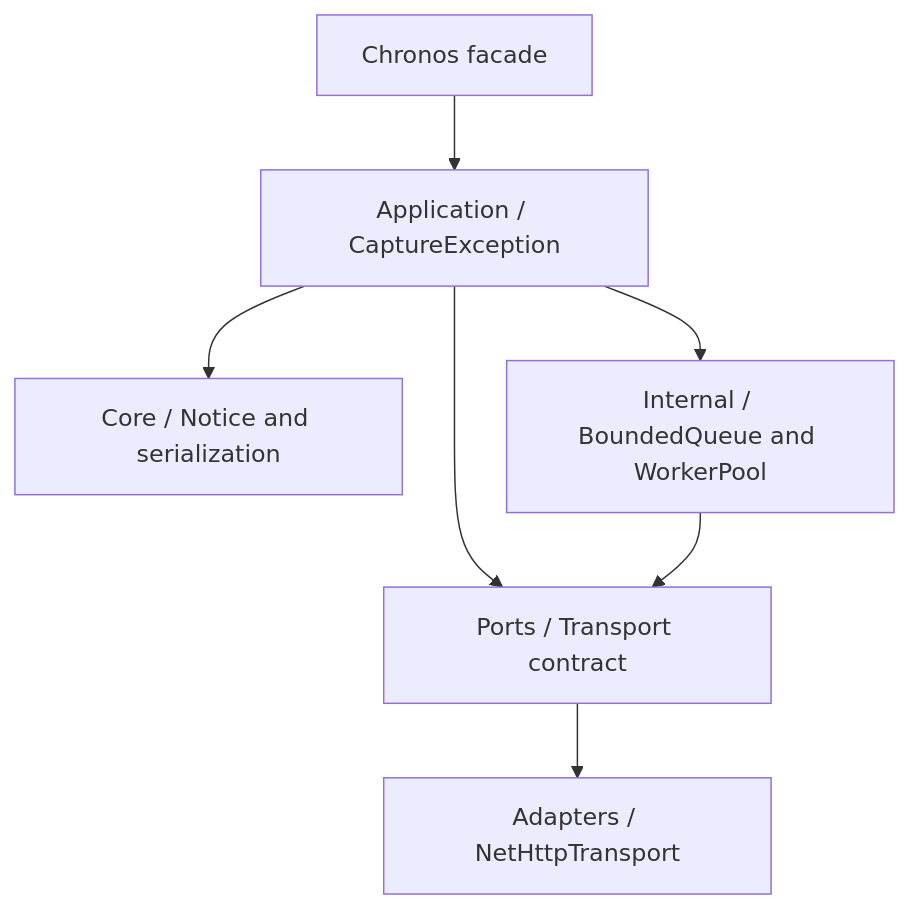
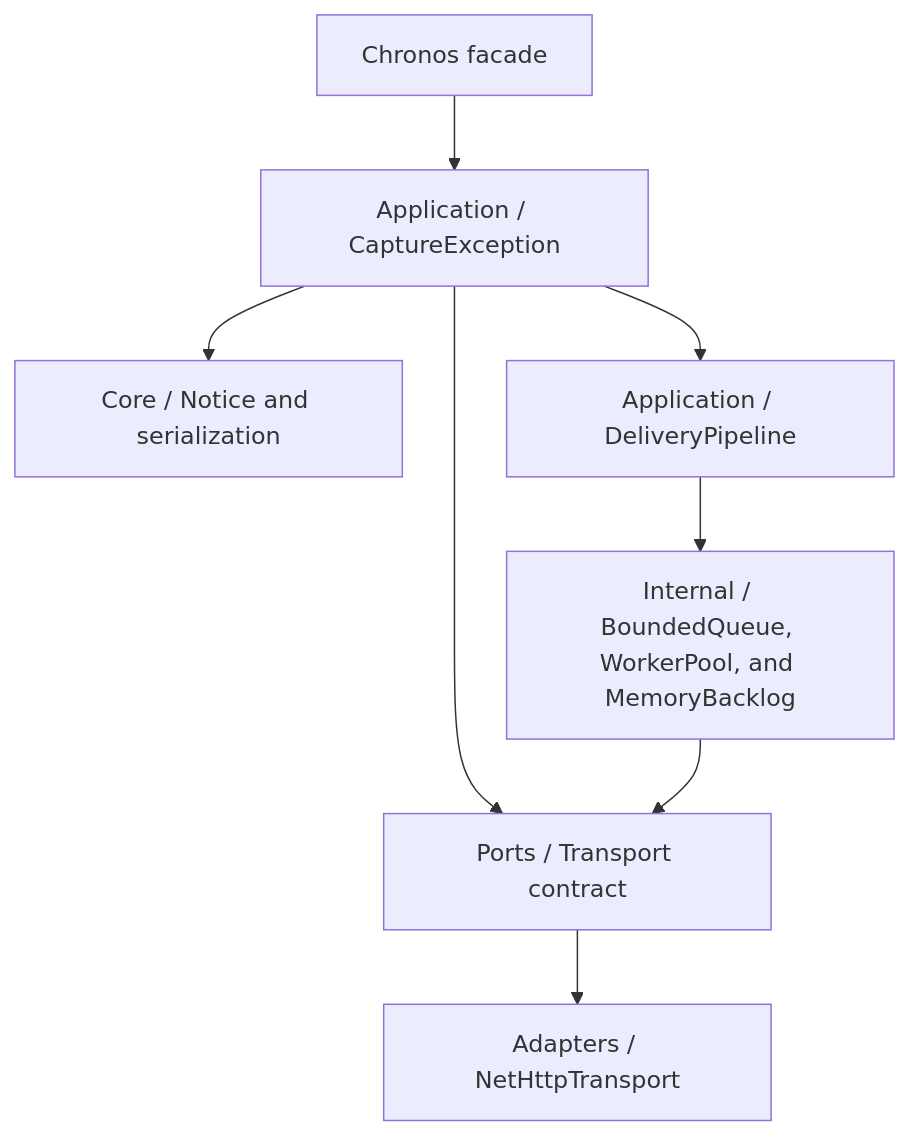
The diagram in docs/architecture.md (antoniojefferson/chronos-ruby), drawn with Mermaid before and after one commit. The commit also changed other lines of this file and 50 other files, not shown here.

First line of the commit message:
feat: delivery pipeline (#6)

````diff
--- a/docs/architecture.md
+++ b/docs/architecture.md
@@ -5,9 +5,10 @@
 ```mermaid
 flowchart TB
   Facade[Chronos facade] --> Application[Application / CaptureException]
   Application --> Core[Core / Notice and serialization]
   Application --> Ports[Ports / Transport contract]
   Ports --> Adapter[Adapters / NetHttpTransport]
-  Application --> Internal[Internal / BoundedQueue and WorkerPool]
+  Application --> Delivery[Application / DeliveryPipeline]
+  Delivery --> Internal[Internal / BoundedQueue, WorkerPool, and MemoryBacklog]
   Internal --> Ports
 ```
````
